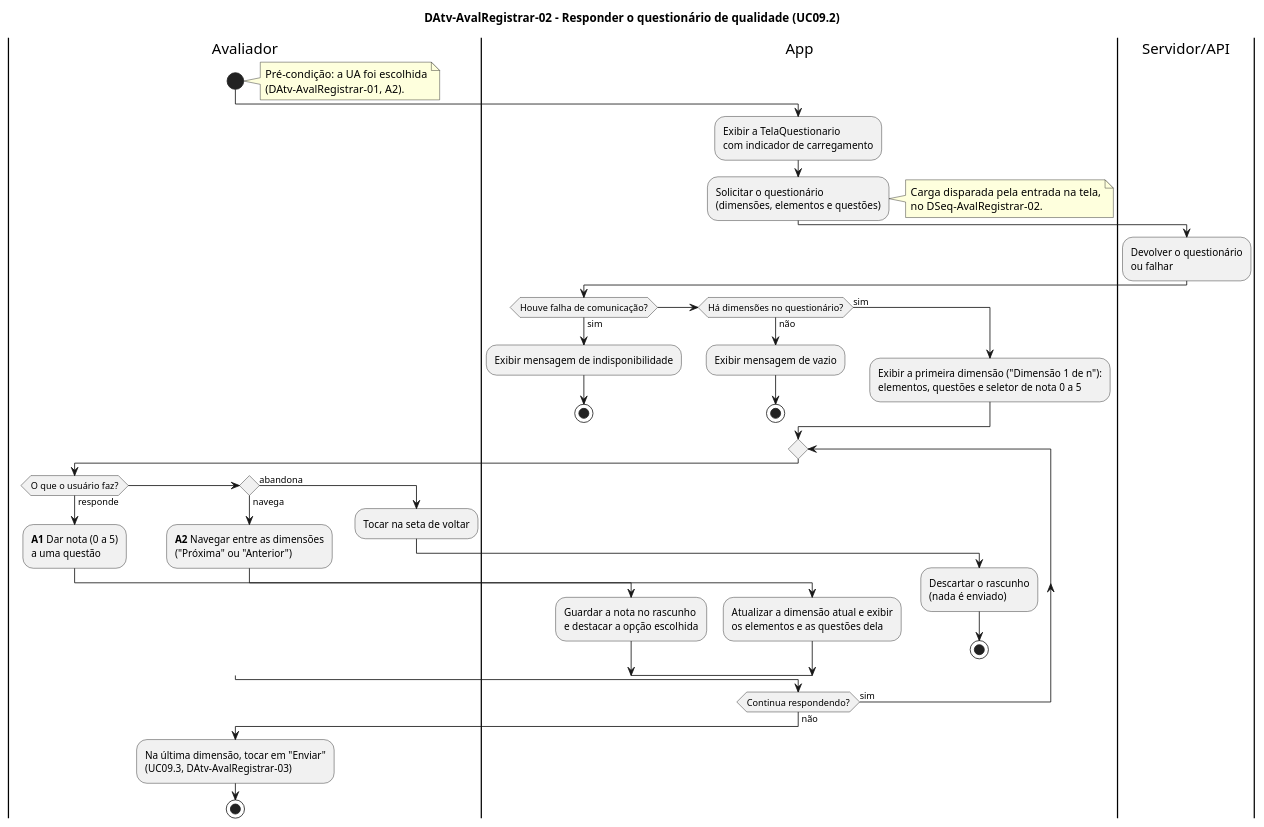
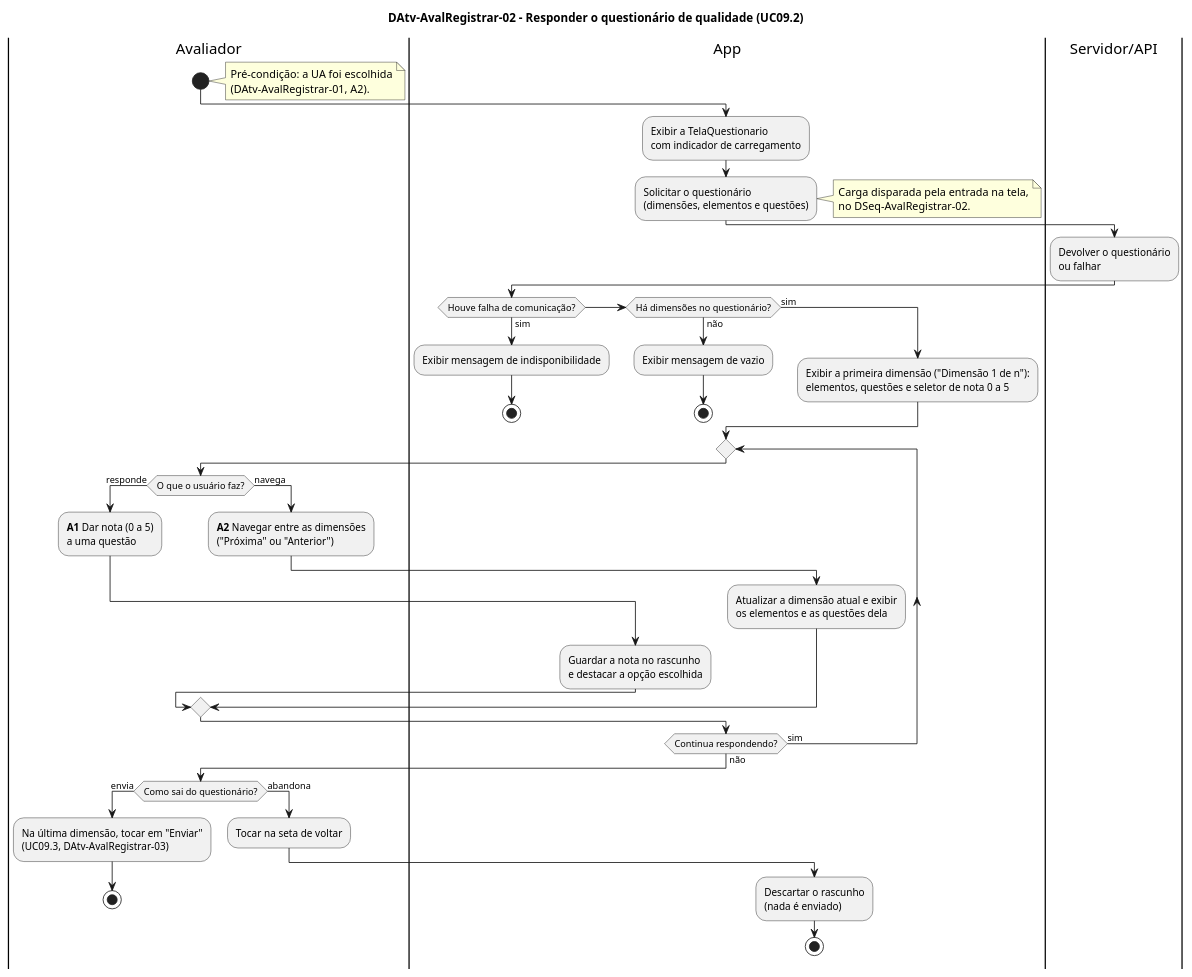
Before and after one commit to joseduardogon/Minha_UFG_Grupo_Cinza: the diagram in AvalRegistrar/DAtv-AvalRegistrar-02.puml, drawn with PlantUML. The commit also changed 8 other files, not shown here.

```diff
--- a/AvalRegistrar/DAtv-AvalRegistrar-02.puml
+++ b/AvalRegistrar/DAtv-AvalRegistrar-02.puml
@@ -1,55 +1,57 @@
 @startuml DAtv-AvalRegistrar-02
 title DAtv-AvalRegistrar-02 – Responder o questionário de qualidade (UC09.2)
 
 |Avaliador|
 start
 note right
   Pré-condição: a UA foi escolhida
   (DAtv-AvalRegistrar-01, A2).
 end note
 |App|
 :Exibir a TelaQuestionario\ncom indicador de carregamento;
 :Solicitar o questionário\n(dimensões, elementos e questões);
 note right
   Carga disparada pela entrada na tela,
   no DSeq-AvalRegistrar-02.
 end note
 |Servidor/API|
 :Devolver o questionário\nou falhar;
 |App|
 if (Houve falha de comunicação?) then (sim)
   :Exibir mensagem de indisponibilidade;
   stop
 elseif (Há dimensões no questionário?) then (não)
   :Exibir mensagem de vazio;
   stop
 else (sim)
   :Exibir a primeira dimensão ("Dimensão 1 de n"):\nelementos, questões e seletor de nota 0 a 5;
 endif
 note right
   A1 e A2 não chamam o Servidor/API:
   o questionário já está em memória.
 end note
 repeat
   |Avaliador|
   if (O que o usuário faz?) then (responde)
     :**A1** Dar nota (0 a 5)\na uma questão;
+    -> \n\n\n\n;
     |App|
     :Guardar a nota no rascunho\ne destacar a opção escolhida;
-  elseif () then (navega)
+  else (navega)
     |Avaliador|
     :**A2** Navegar entre as dimensões\n("Próxima" ou "Anterior");
     |App|
     :Atualizar a dimensão atual e exibir\nos elementos e as questões dela;
-  else (abandona)
-    |Avaliador|
-    :Tocar na seta de voltar;
-    |App|
-    :Descartar o rascunho\n(nada é enviado);
-    stop
   endif
 repeat while (Continua respondendo?) is (sim) not (não)
 |Avaliador|
-:Na última dimensão, tocar em "Enviar"\n(UC09.3, DAtv-AvalRegistrar-03);
-stop
+if (Como sai do questionário?) then (envia)
+  :Na última dimensão, tocar em "Enviar"\n(UC09.3, DAtv-AvalRegistrar-03);
+  stop
+else (abandona)
+  :Tocar na seta de voltar;
+  |App|
+  :Descartar o rascunho\n(nada é enviado);
+  stop
+endif
 @enduml
```
